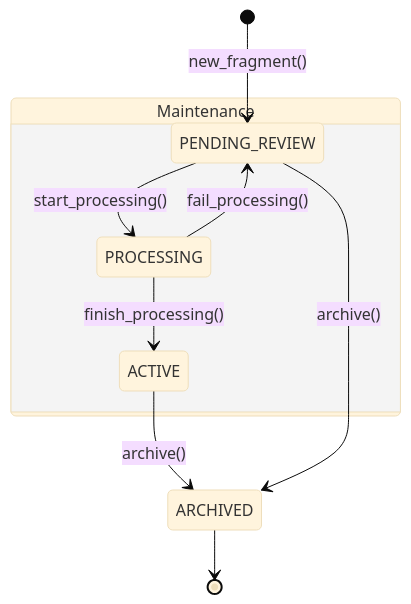
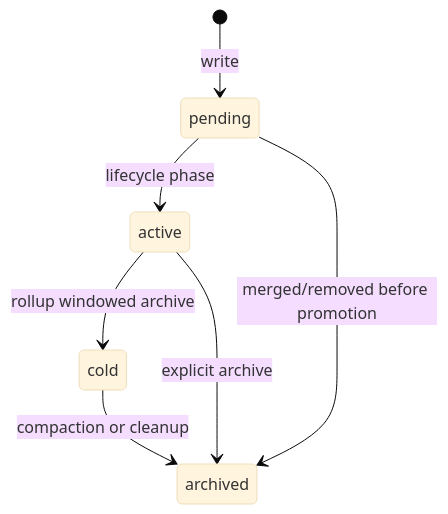
The diagram in docs/design/data-model.md (Linzwcs/semafs), drawn with Mermaid (base theme) before and after one commit. The commit also changed other lines of this file and 25 other files, not shown here.

Commit message:
docs: align API/guide/design with latest semafs architecture

````diff
--- a/docs/design/data-model.md
+++ b/docs/design/data-model.md
@@ -110,15 +44,9 @@
 ```mermaid
 stateDiagram-v2
-    [*] --> PENDING_REVIEW: new_fragment()
-
-    state "Maintenance" as M {
-        PENDING_REVIEW --> PROCESSING: start_processing()
-        PROCESSING --> ACTIVE: finish_processing()
-        PROCESSING --> PENDING_REVIEW: fail_processing()
-    }
-
-    ACTIVE --> ARCHIVED: archive()
-    PENDING_REVIEW --> ARCHIVED: archive()
-
-    ARCHIVED --> [*]
+    [*] --> pending: write
+    pending --> active: lifecycle phase
+    active --> cold: rollup windowed archive
+    active --> archived: explicit archive
+    pending --> archived: merged/removed before promotion
+    cold --> archived: compaction or cleanup
 ```
````
